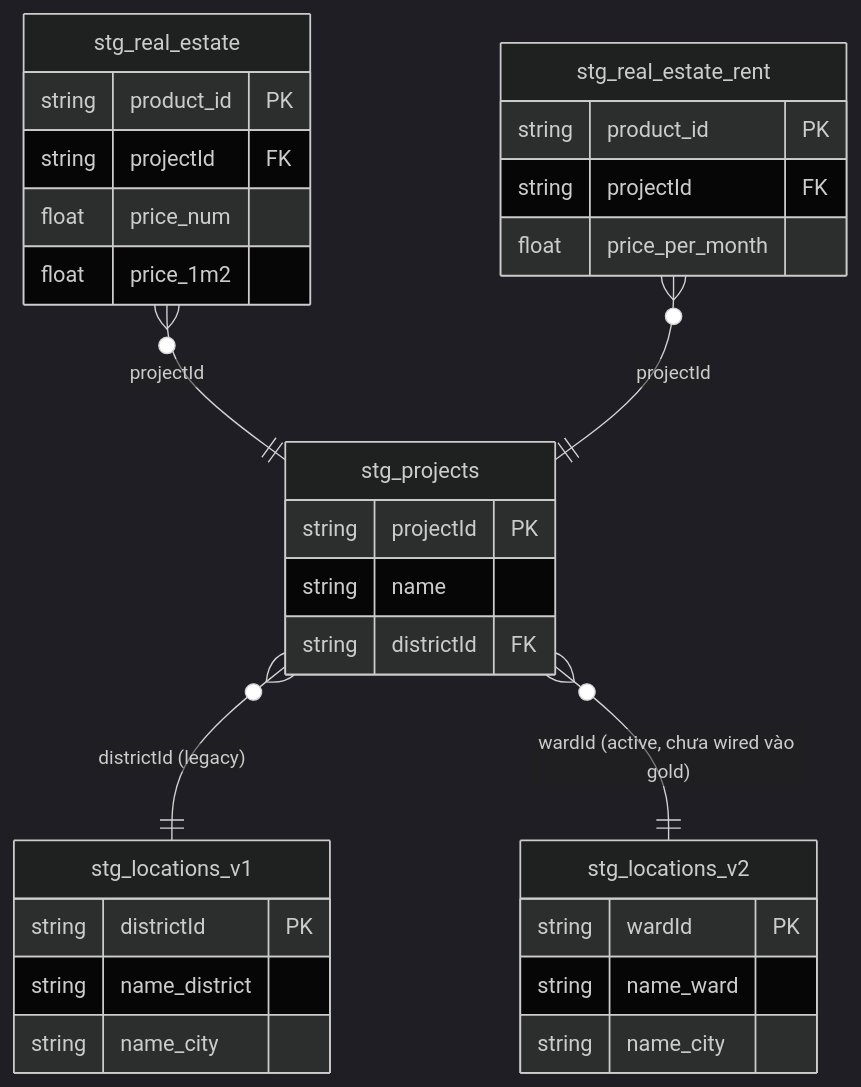
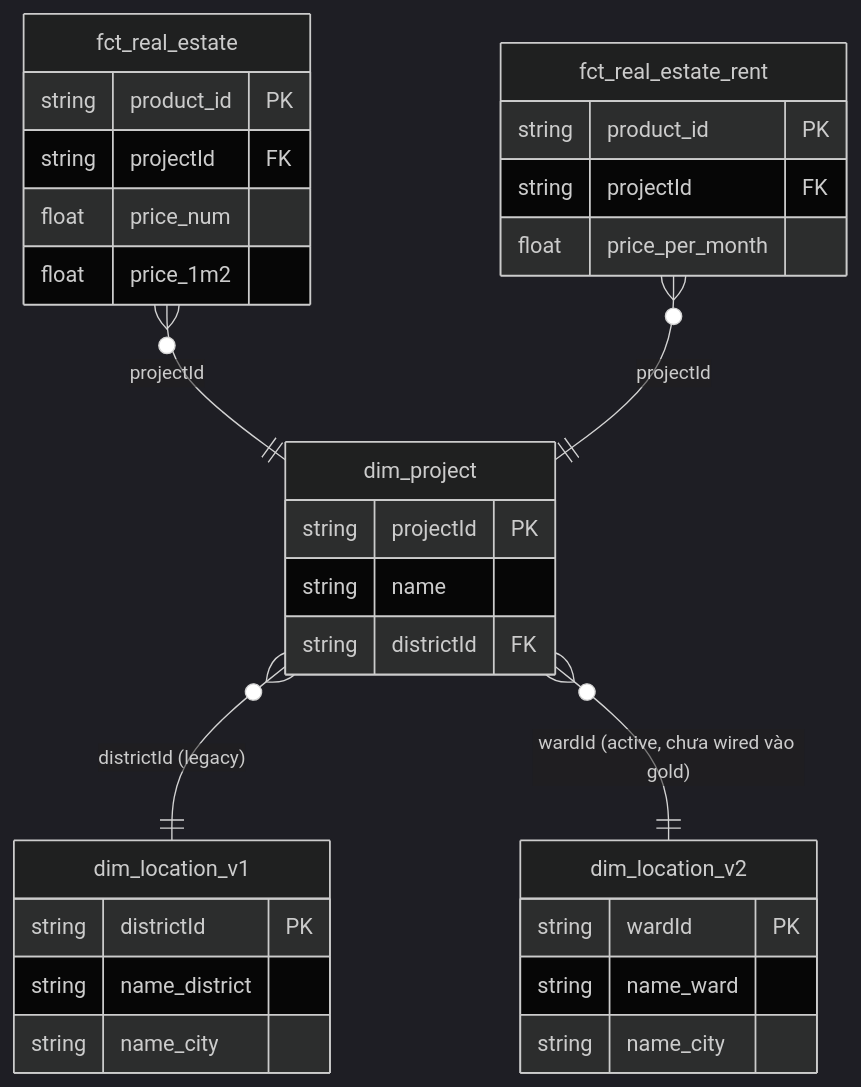
Before and after one commit to DataSpi/scrape-batdongsan-data: the first of 2 diagrams in docs/data-modeling.md, drawn with Mermaid (dark theme). The commit also changed other lines of this file and 37 other files, not shown here.

First line of the commit message:
refactor: standardize re_bronze/re_silver naming to fct_/dim_, drop j_ script prefix

````diff
--- a/docs/data-modeling.md
+++ b/docs/data-modeling.md
@@ -13,34 +13,34 @@
 ```mermaid
 erDiagram
-    stg_real_estate }o--|| stg_projects : "projectId"
-    stg_real_estate_rent }o--|| stg_projects : "projectId"
-    stg_projects }o--|| stg_locations_v1 : "districtId (legacy)"
-    stg_projects }o--|| stg_locations_v2 : "wardId (active, chưa wired vào gold)"
+    fct_real_estate }o--|| dim_project : "projectId"
+    fct_real_estate_rent }o--|| dim_project : "projectId"
+    dim_project }o--|| dim_location_v1 : "districtId (legacy)"
+    dim_project }o--|| dim_location_v2 : "wardId (active, chưa wired vào gold)"
 
-    stg_real_estate {
+    fct_real_estate {
         string product_id PK
         string projectId FK
         float price_num
         float price_1m2
     }
-    stg_real_estate_rent {
+    fct_real_estate_rent {
         string product_id PK
         string projectId FK
         float price_per_month
     }
-    stg_projects {
+    dim_project {
         string projectId PK
         string name
         string districtId FK
     }
-    stg_locations_v1 {
+    dim_location_v1 {
         string districtId PK
         string name_district
         string name_city
     }
-    stg_locations_v2 {
+    dim_location_v2 {
         string wardId PK
         string name_ward
         string name_city
     }
 ```
````
